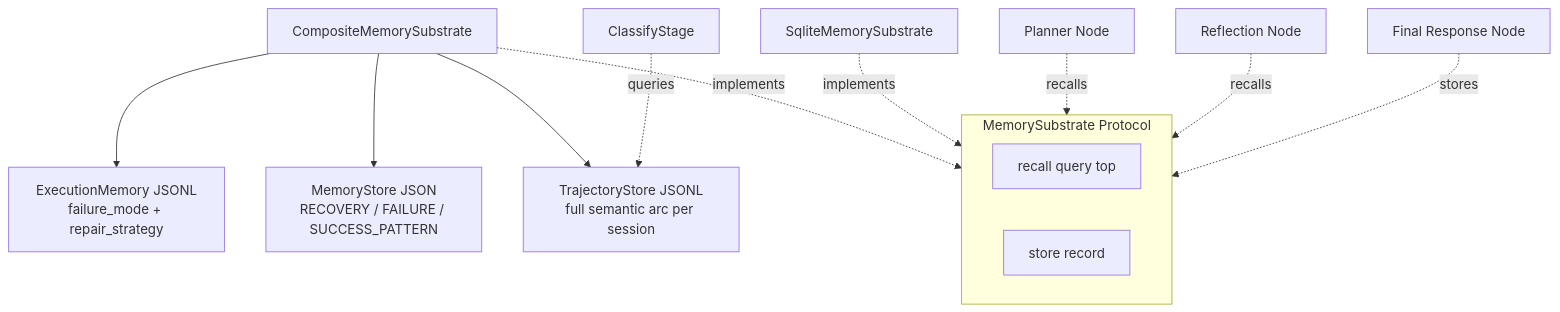
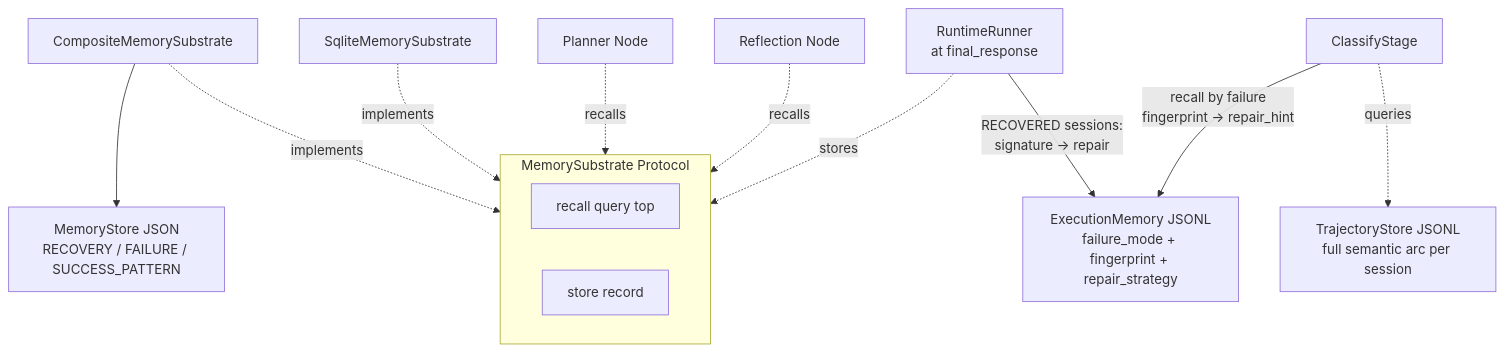
The seventh of 12 diagrams in docs/ARCHITECTURE.md (Judy-Liu118/Reforge), drawn with Mermaid before and after one commit. The commit also changed other lines of this file and 15 other files, not shown here.

````diff
--- a/docs/ARCHITECTURE.md
+++ b/docs/ARCHITECTURE.md
@@ -209,19 +210,19 @@
 ```mermaid
 flowchart TB
     subgraph protocol [MemorySubstrate Protocol]
         Recall[recall query top]
         Store[store record]
     end
 
     Composite[CompositeMemorySubstrate] -.implements.-> protocol
     Sqlite[SqliteMemorySubstrate] -.implements.-> protocol
 
-    Composite --> ExecMem[ExecutionMemory JSONL<br/>failure_mode + repair_strategy]
     Composite --> Store2[MemoryStore JSON<br/>RECOVERY / FAILURE / SUCCESS_PATTERN]
-    Composite --> Traj[TrajectoryStore JSONL<br/>full semantic arc per session]
 
     Planner[Planner Node] -.recalls.-> protocol
     Reflection[Reflection Node] -.recalls.-> protocol
-    Final[Final Response Node] -.stores.-> protocol
-    Governor[ClassifyStage] -.queries.-> Traj
+    Runner[RuntimeRunner<br/>at final_response] -.stores.-> protocol
+    Runner -->|RECOVERED sessions:<br/>signature → repair| ExecMem[ExecutionMemory JSONL<br/>failure_mode + fingerprint + repair_strategy]
+    Governor[ClassifyStage] -->|recall by failure<br/>fingerprint → repair_hint| ExecMem
+    Governor -.queries.-> Traj[TrajectoryStore JSONL<br/>full semantic arc per session]
 ```
````
